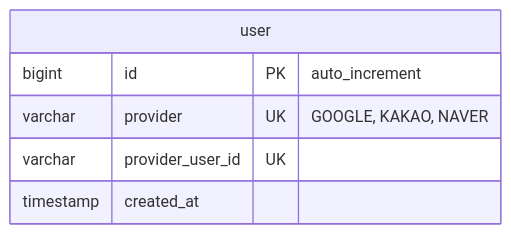
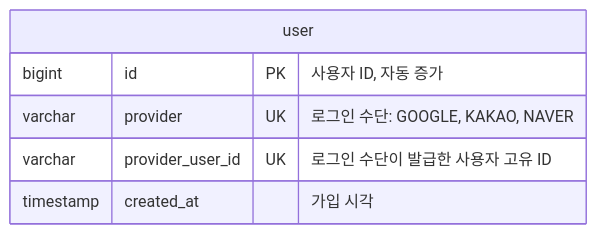
The first of 2 diagrams in docs/erd.md (f-lab-edu/jipsee), drawn with Mermaid before and after one commit. The commit also changed other lines of this file, not shown here.

Commit message:
docs: building_parcel ERD 추가

````diff
--- a/docs/erd.md
+++ b/docs/erd.md
@@ -5,9 +7,9 @@
 ```mermaid
 erDiagram
     user {
-        bigint id PK "auto_increment"
-        varchar provider UK "GOOGLE, KAKAO, NAVER"
-        varchar provider_user_id UK
-        timestamp created_at
+        bigint id PK "사용자 ID, 자동 증가"
+        varchar provider UK "로그인 수단: GOOGLE, KAKAO, NAVER"
+        varchar provider_user_id UK "로그인 수단이 발급한 사용자 고유 ID"
+        timestamp created_at "가입 시각"
     }
 ```
````
